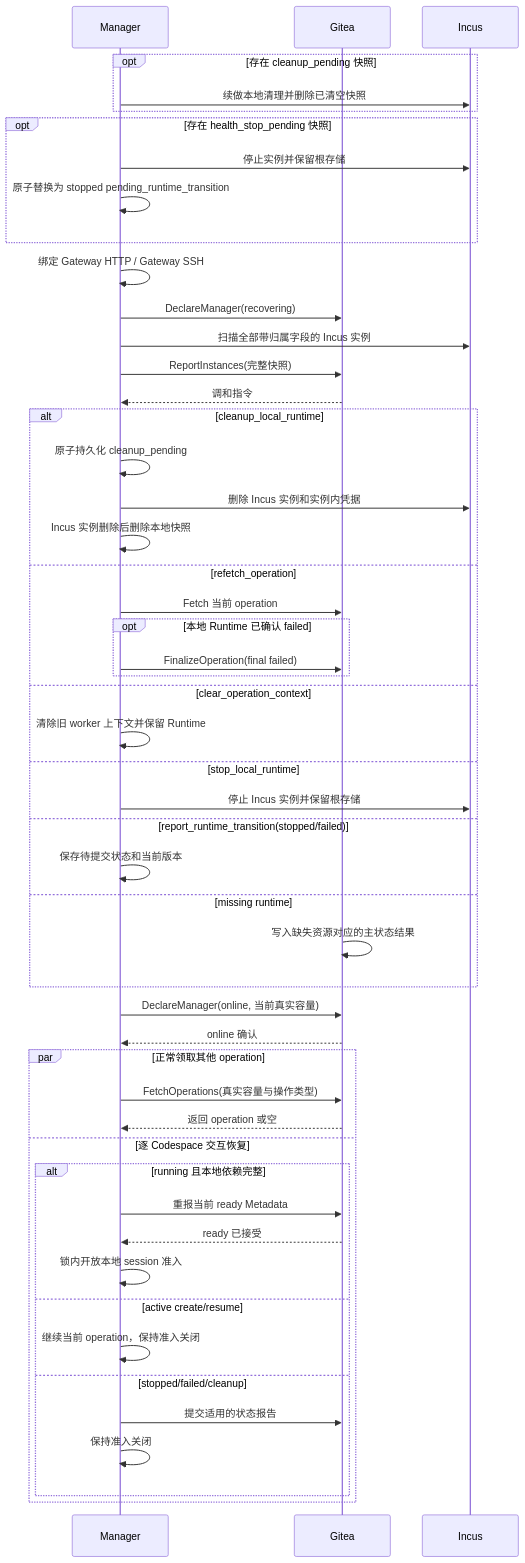
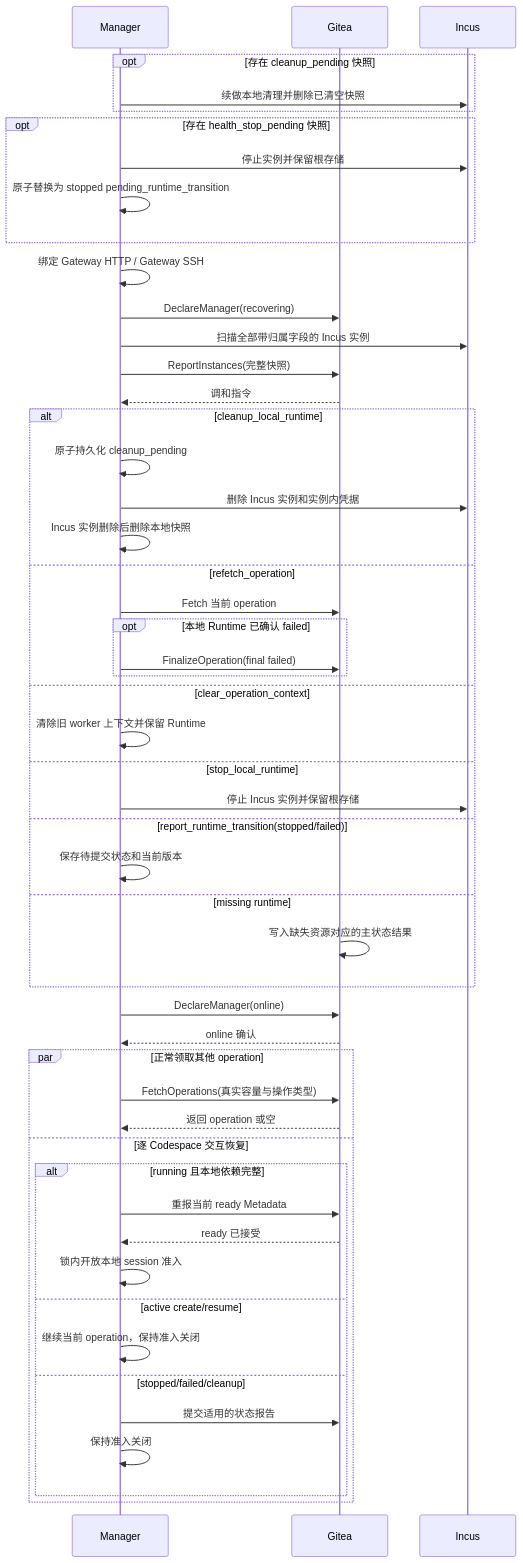
The diagram in src/maintenance-recovery.md (ExplodingDragon/gitea-dev), drawn with Mermaid before and after one commit. The commit also changed other lines of this file and 12 other files, not shown here.

````diff
--- a/src/maintenance-recovery.md
+++ b/src/maintenance-recovery.md
@@ -114,54 +114,54 @@
 ```mermaid
 sequenceDiagram
     participant M as Manager
     participant G as Gitea
     participant B as Incus
 
     opt 存在 cleanup_pending 快照
         M->>B: 续做本地清理并删除已清空快照
     end
     opt 存在 health_stop_pending 快照
         M->>B: 停止实例并保留根存储
         M->>M: 原子替换为 stopped pending_runtime_transition
     end
     M->>M: 绑定 Gateway HTTP / Gateway SSH
     M->>G: DeclareManager(recovering)
     M->>B: 扫描全部带归属字段的 Incus 实例
     M->>G: ReportInstances(完整快照)
     G-->>M: 调和指令
     alt cleanup_local_runtime
         M->>M: 原子持久化 cleanup_pending
         M->>B: 删除 Incus 实例和实例内凭据
         M->>M: Incus 实例删除后删除本地快照
     else refetch_operation
         M->>G: Fetch 当前 operation
         opt 本地 Runtime 已确认 failed
             M->>G: FinalizeOperation(final failed)
         end
     else clear_operation_context
         M->>M: 清除旧 worker 上下文并保留 Runtime
     else stop_local_runtime
         M->>B: 停止 Incus 实例并保留根存储
     else report_runtime_transition(stopped/failed)
         M->>M: 保存待提交状态和当前版本
     else missing runtime
         G->>G: 写入缺失资源对应的主状态结果
     end
-    M->>G: DeclareManager(online, 当前真实容量)
+    M->>G: DeclareManager(online)
     G-->>M: online 确认
     par 正常领取其他 operation
         M->>G: FetchOperations(真实容量与操作类型)
         G-->>M: 返回 operation 或空
     and 逐 Codespace 交互恢复
         alt running 且本地依赖完整
             M->>G: 重报当前 ready Metadata
             G-->>M: ready 已接受
             M->>M: 锁内开放本地 session 准入
         else active create/resume
             M->>M: 继续当前 operation，保持准入关闭
         else stopped/failed/cleanup
             M->>G: 提交适用的状态报告
             M->>M: 保持准入关闭
         end
     end
 ```
````
